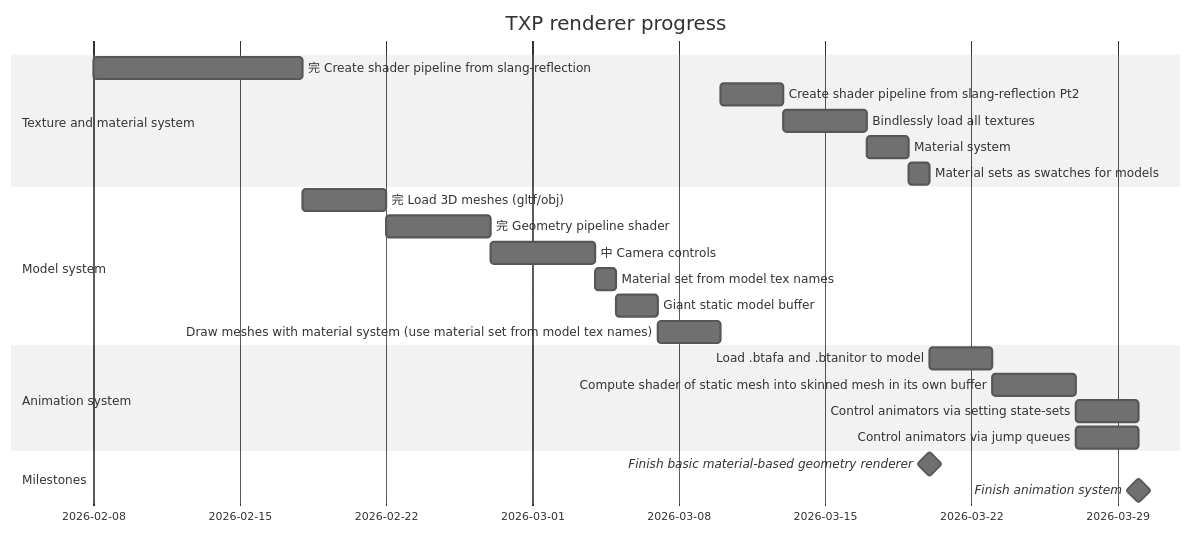
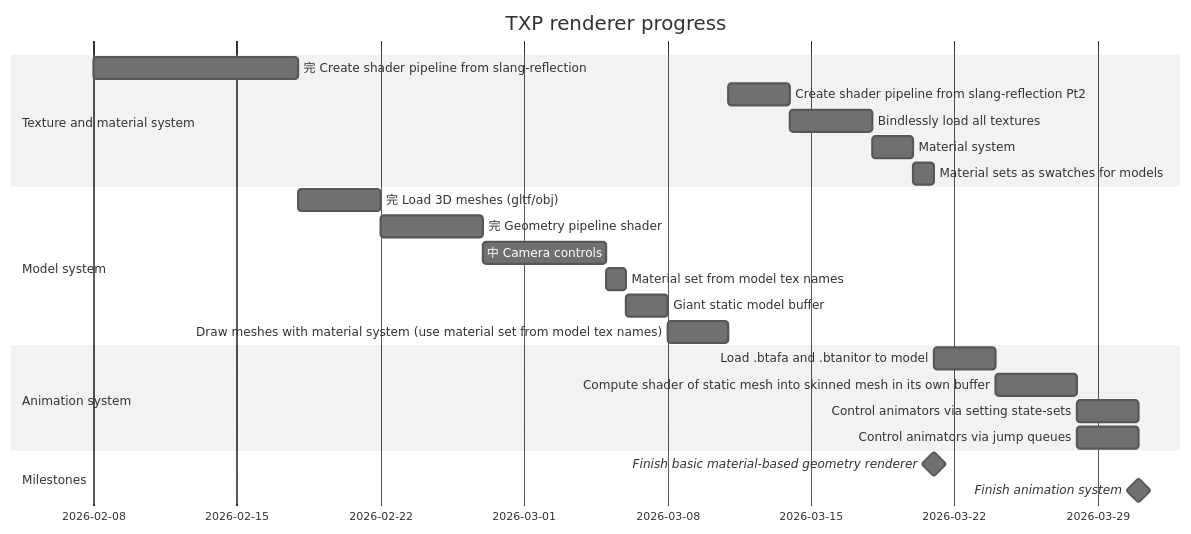
The second of 3 diagrams in README.md (TheaGal/TXP_renderer), drawn with Mermaid (neutral theme) before and after one commit. The commit also changed 6 other files, not shown here.

````diff
--- a/README.md
+++ b/README.md
@@ -95,26 +95,26 @@
 ```mermaid
 gantt
     title TXP renderer progress
     dateFormat YYYY/MM/DD
     section Texture and material system
         完 Create shader pipeline from slang-reflection  : a1, 2026/02/08, 10d
         Create shader pipeline from slang-reflection Pt2  : a1_1, after a8, 3d
         Bindlessly load all textures          : a2, after a1_1, 4d
         Material system                       : a3, after a2, 2d
         Material sets as swatches for models  : a4, after a3, 1d
     section Model system
         完 Load 3D meshes (gltf/obj)         : a5, after a1, 4d
         完 Geometry pipeline shader          : a5_1, after a5, 5d
-        中 Camera controls                  : a5_2, after a5_1, 5d
+        中 Camera controls                  : a5_2, after a5_1, 6d
         Material set from model tex names : a6, after a5_2, 1d
         Giant static model buffer         : a7, after a6, 2d
         Draw meshes with material system (use material set from model tex names)  : a8, after a7, 3d
     section Animation system
         Load .btafa and .btanitor to model : a9, after m1, 3d
         Compute shader of static mesh into skinned mesh in its own buffer : a10, after a9, 4d
         Control animators via setting state-sets : a11, after a10, 3d
         Control animators via jump queues : a12, after a10, 3d
     section Milestones
         Finish basic material-based geometry renderer : milestone, m1, after a4, 0d
         Finish animation system : milestone, m2, after a12, 0d
 ```
````
